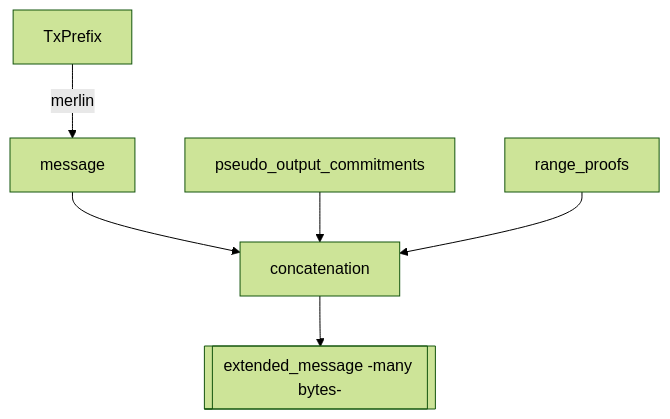
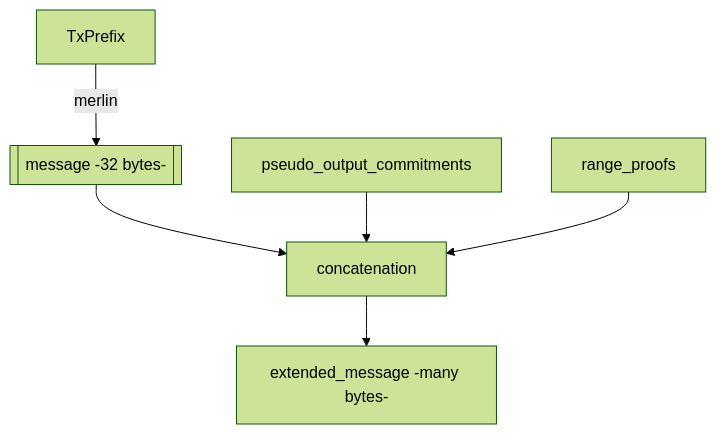
One commit to mobilecoinfoundation/mcips changed the first of 5 diagrams in text/0052-tx-summary-digest.md. Above: the diagram before and after it, drawn with Mermaid (forest theme). The commit also changed other lines of this file, not shown here.

Commit message:
improve mermaid annotations

````diff
--- a/text/0052-tx-summary-digest.md
+++ b/text/0052-tx-summary-digest.md
@@ -88,9 +88,9 @@
 ```mermaid
 graph TB
-A[TxPrefix] -->|merlin| B[message]
+A[TxPrefix] -->|merlin| B[[message -32 bytes-]]
 B --> M
 C[pseudo_output_commitments] --> M
 D[range_proofs] --> M
 M[concatenation] --> N
-N[[extended_message -many bytes-]]
+N[extended_message -many bytes-]
 ```
````
